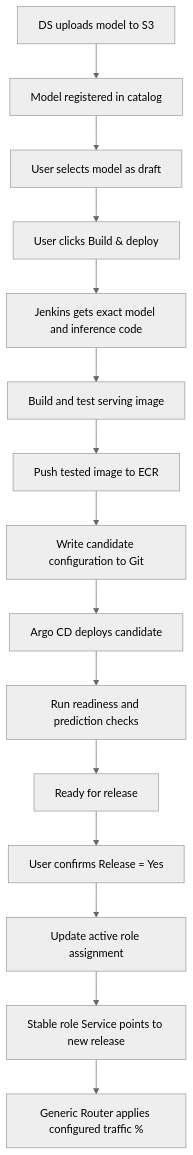
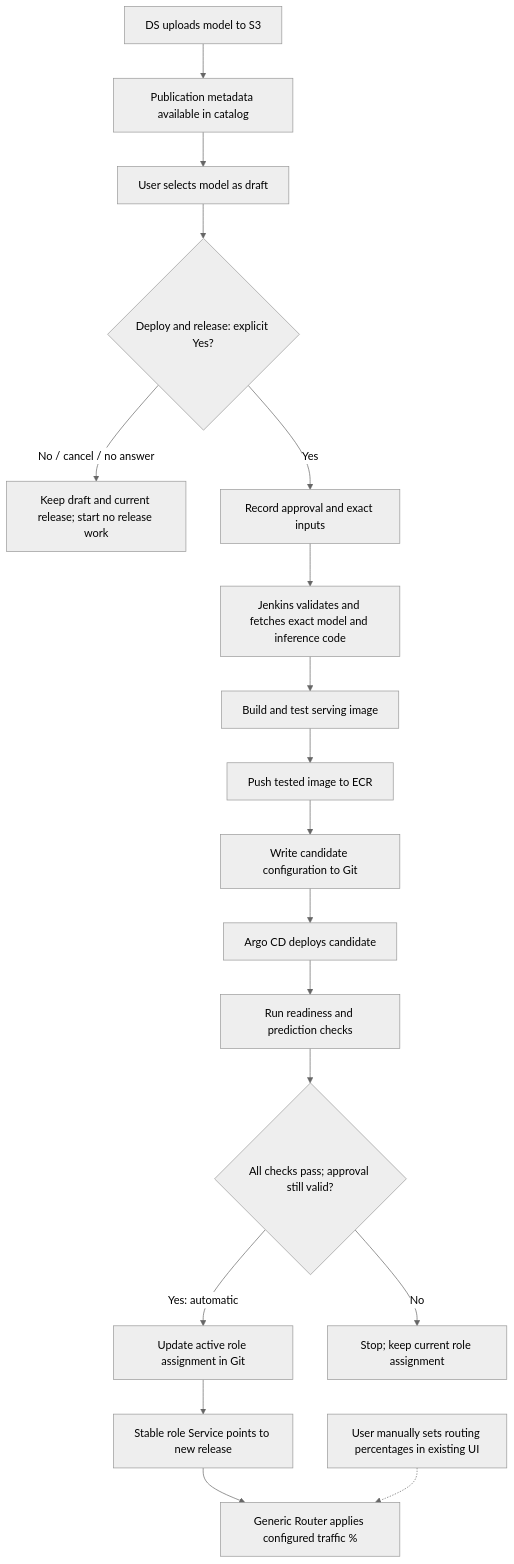
One commit to mdragomir-taurus/ops-diagrams changed the diagram in ncm-implementation-plan-medium.md. Above: the diagram before and after it, drawn with Mermaid (neutral theme). The commit also changed other lines of this file and 2 other files, not shown here.

Commit message:
feat: add diagram

````diff
--- a/ncm-implementation-plan-medium.md
+++ b/ncm-implementation-plan-medium.md
@@ -260,17 +271,20 @@
 ```mermaid
 flowchart TD
-    S3["DS uploads model to S3"] --> Catalog["Model registered in catalog"]
+    S3["DS uploads model to S3"] --> Catalog["Publication metadata available in catalog"]
     Catalog --> Draft["User selects model as draft"]
-    Draft --> Build["User clicks Build & deploy"]
-    Build --> Jenkins["Jenkins gets exact model and inference code"]
+    Draft --> Approve{"Deploy and release: explicit Yes?"}
+    Approve -->|"No / cancel / no answer"| Hold["Keep draft and current release; start no release work"]
+    Approve -->|"Yes"| Snapshot["Record approval and exact inputs"]
+    Snapshot --> Jenkins["Jenkins validates and fetches exact model and inference code"]
     Jenkins --> Image["Build and test serving image"]
     Image --> ECR["Push tested image to ECR"]
     ECR --> Git["Write candidate configuration to Git"]
     Git --> Deploy["Argo CD deploys candidate"]
     Deploy --> Validate["Run readiness and prediction checks"]
-    Validate --> Ready["Ready for release"]
-    Ready --> Approve["User confirms Release = Yes"]
-    Approve --> Assign["Update active role assignment"]
+    Validate --> Checks{"All checks pass; approval still valid?"}
+    Checks -->|"Yes: automatic"| Assign["Update active role assignment in Git"]
+    Checks -->|"No"| Stop["Stop; keep current role assignment"]
     Assign --> Live["Stable role Service points to new release"]
     Live --> Router["Generic Router applies configured traffic %"]
+    Traffic["User manually sets routing percentages in existing UI"] -.-> Router
 ```
````
